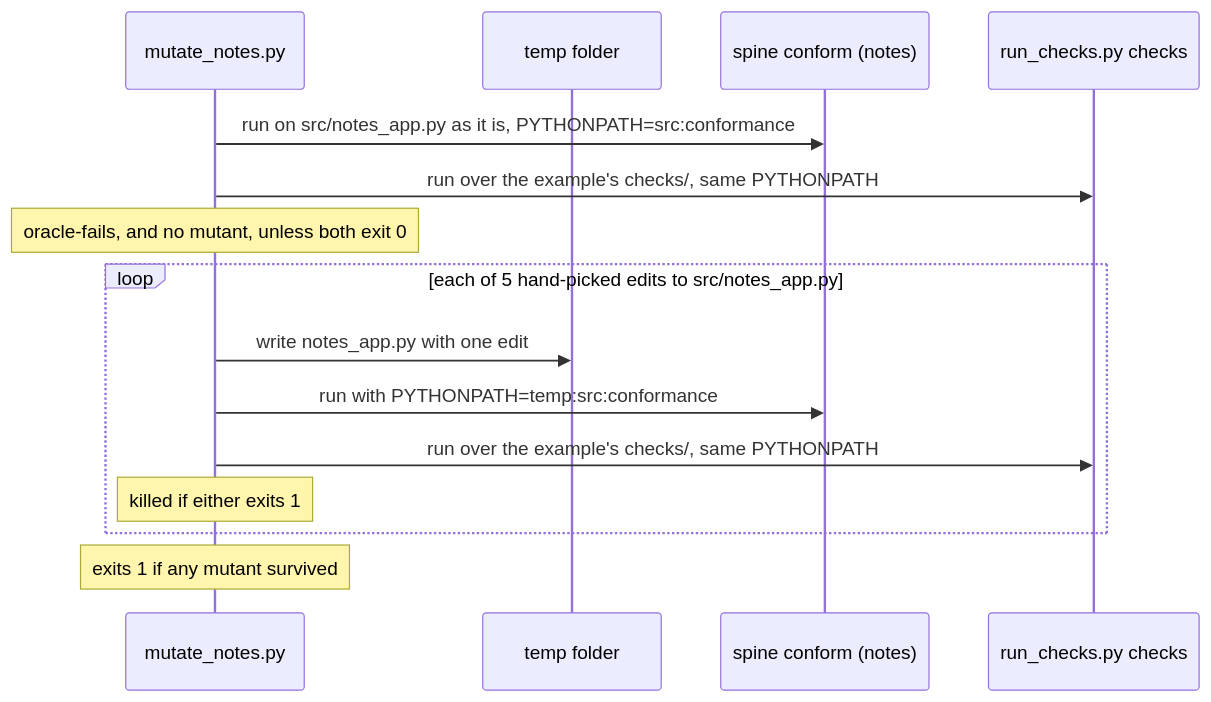
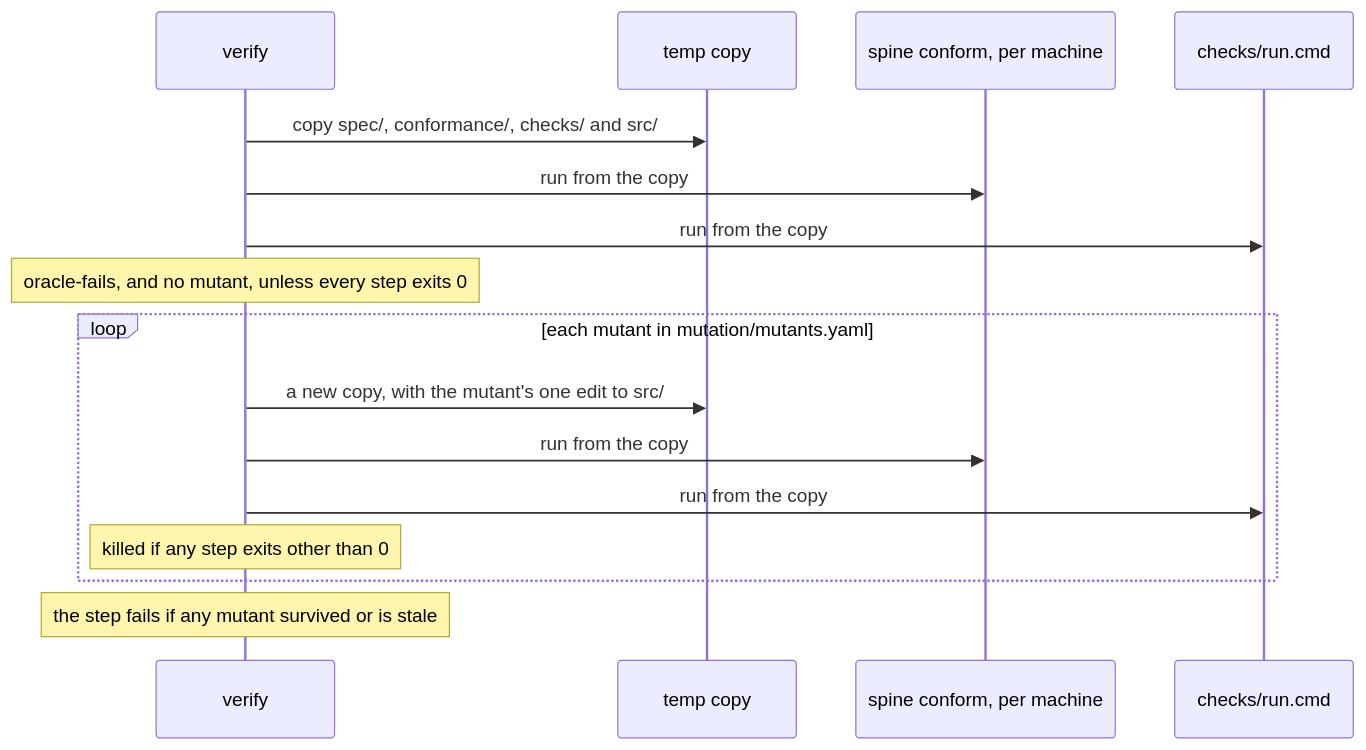
Before and after one commit to 23min/verifier-kit: the sixth of 7 diagrams in docs/architecture.md, drawn with Mermaid. The commit also changed other lines of this file and 23 other files, not shown here.

First line of the commit message:
feat(verify): make the mutants listed in mutation/mutants.yaml, so no example writes its own mutation loop

````diff
--- a/docs/architecture.md
+++ b/docs/architecture.md
@@ -228,17 +227,18 @@
 ```mermaid
 sequenceDiagram
-  participant M as mutate_notes.py
-  participant T as temp folder
-  participant C as spine conform (notes)
-  participant R as run_checks.py checks
-  M->>C: run on src/notes_app.py as it is, PYTHONPATH=src:conformance
-  M->>R: run over the example's checks/, same PYTHONPATH
-  Note over M: oracle-fails, and no mutant, unless both exit 0
-  loop each of 5 hand-picked edits to src/notes_app.py
-    M->>T: write notes_app.py with one edit
-    M->>C: run with PYTHONPATH=temp:src:conformance
-    M->>R: run over the example's checks/, same PYTHONPATH
-    Note over M: killed if either exits 1
+  participant V as verify
+  participant T as temp copy
+  participant C as spine conform, per machine
+  participant R as checks/run.cmd
+  V->>T: copy spec/, conformance/, checks/ and src/
+  V->>C: run from the copy
+  V->>R: run from the copy
+  Note over V: oracle-fails, and no mutant, unless every step exits 0
+  loop each mutant in mutation/mutants.yaml
+    V->>T: a new copy, with the mutant's one edit to src/
+    V->>C: run from the copy
+    V->>R: run from the copy
+    Note over V: killed if any step exits other than 0
   end
-  Note over M: exits 1 if any mutant survived
+  Note over V: the step fails if any mutant survived or is stale
 ```
````
